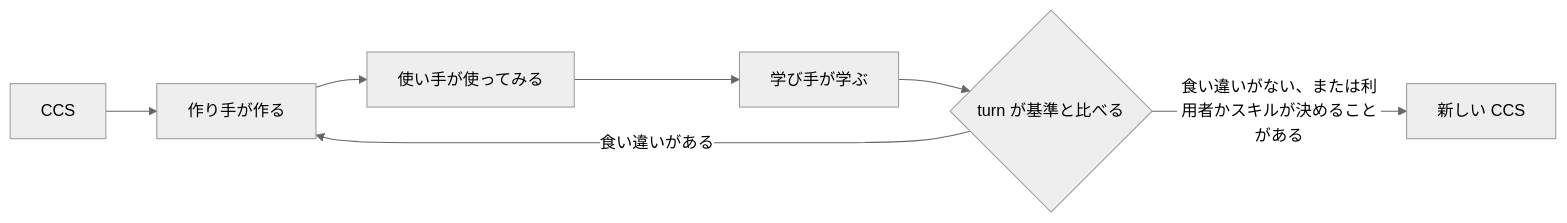
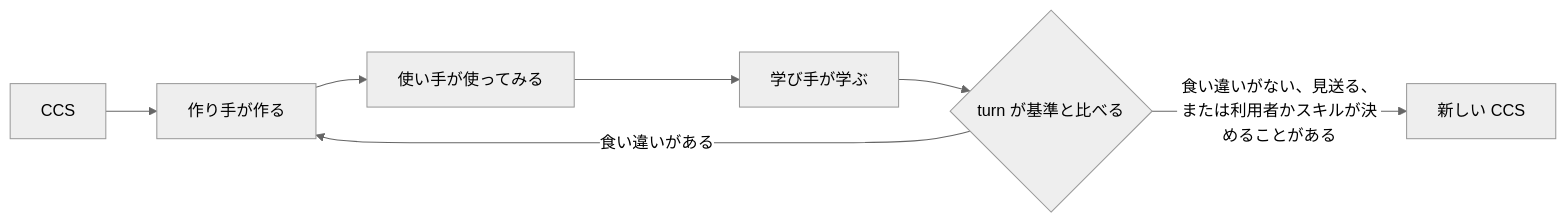
Before and after one commit to lovaizu/ccpm: the second of 2 diagrams in turn/README.md, drawn with Mermaid (neutral theme). The commit also changed other lines of this file, not shown here.

First line of the commit message:
turn: README read whole; one name per thing, no restatement, the figure covers every ending

````diff
--- a/turn/README.md
+++ b/turn/README.md
@@ -72,9 +72,9 @@
 ```mermaid
 flowchart LR
   I[CCS] --> M[作り手が作る]
   M --> U[使い手が使ってみる]
   U --> L[学び手が学ぶ]
   L --> J{turn が基準と比べる}
   J -->|食い違いがある| M
-  J -->|食い違いがない、または利用者かスキルが決めることがある| O[新しい CCS]
+  J -->|食い違いがない、見送る、または利用者かスキルが決めることがある| O[新しい CCS]
 ```
````
